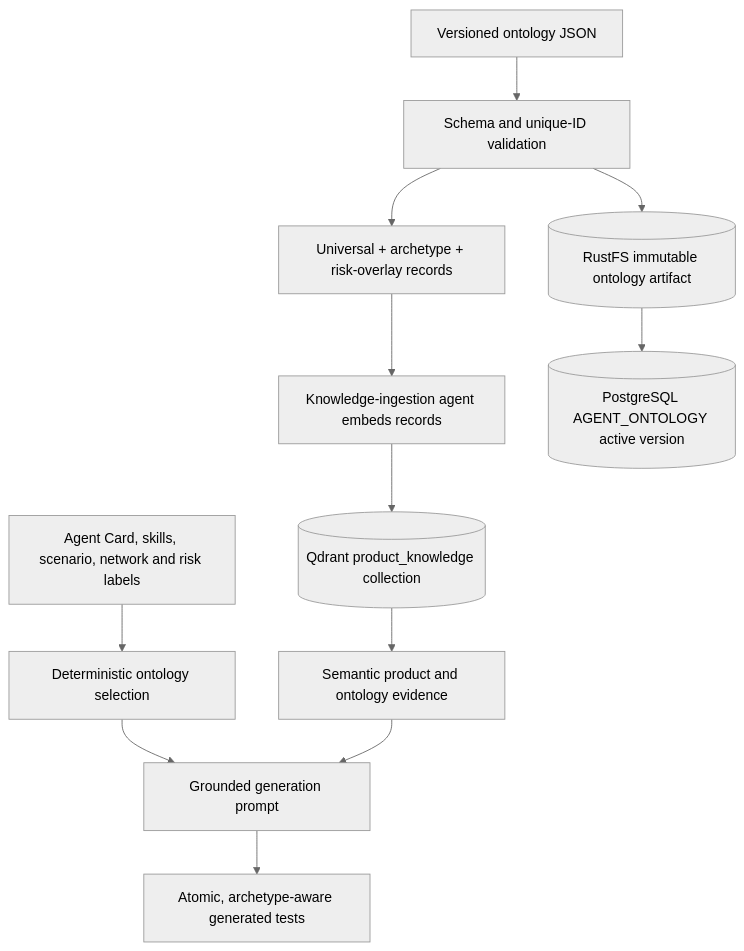
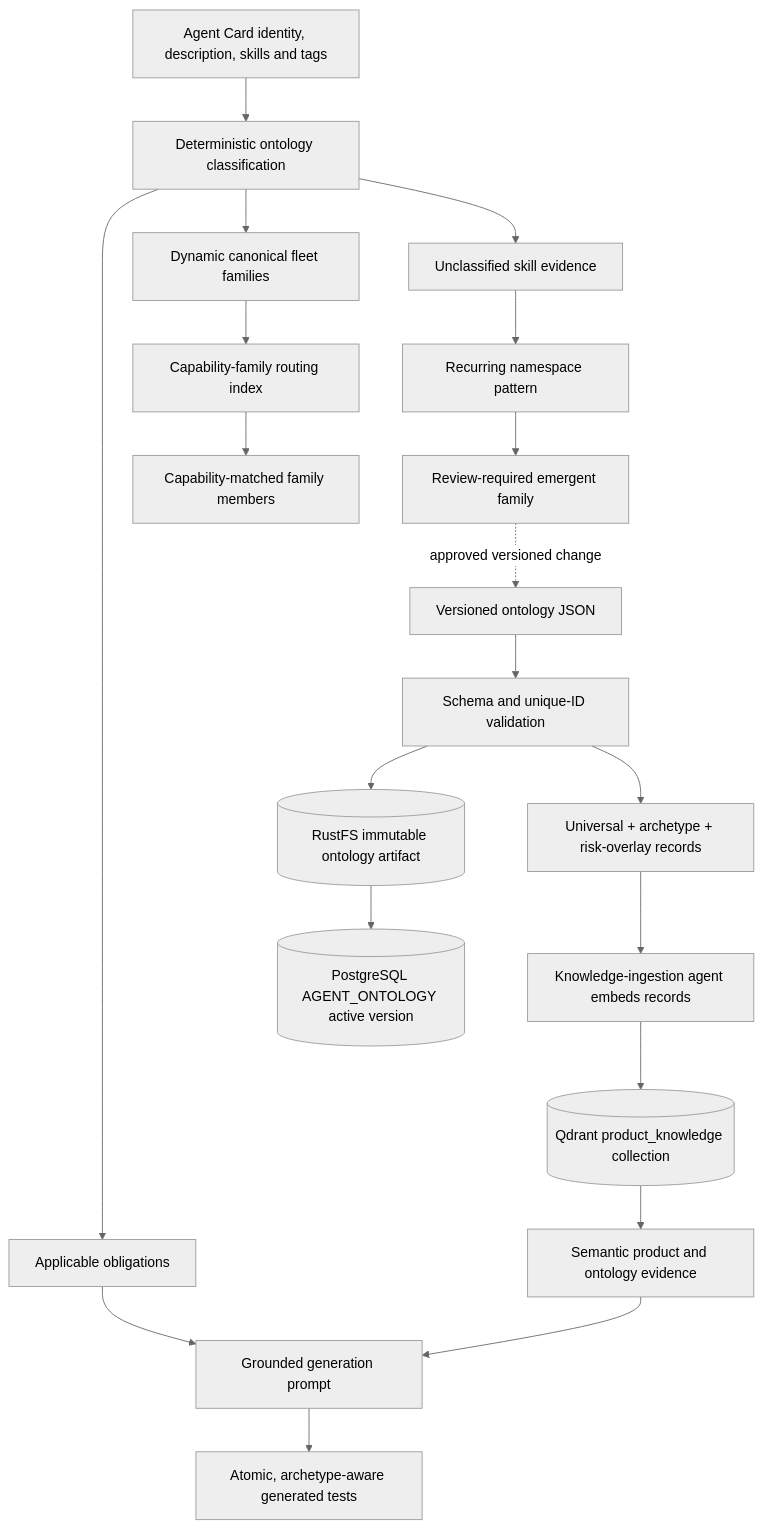
The tenth of 17 diagrams in docs/architecture.md (sqe/AQE), drawn with Mermaid (neutral theme) before and after one commit. The commit also changed other lines of this file and 57 other files, not shown here.

````diff
--- a/docs/architecture.md
+++ b/docs/architecture.md
@@ -333,14 +359,22 @@
 ```mermaid
 flowchart TD
     Source[Versioned ontology JSON] --> Validate[Schema and unique-ID validation]
     Validate --> Flatten[Universal + archetype + risk-overlay records]
     Flatten --> Embed[Knowledge-ingestion agent embeds records]
     Embed --> Qdrant[(Qdrant product_knowledge collection)]
     Validate --> RustFS[(RustFS immutable ontology artifact)]
     RustFS --> Registry[(PostgreSQL AGENT_ONTOLOGY active version)]
-    Card[Agent Card, skills, scenario, network and risk labels] --> Select[Deterministic ontology selection]
+    Card[Agent Card identity, description, skills and tags] --> Classify[Deterministic ontology classification]
+    Classify --> Select[Applicable obligations]
+    Classify --> Families[Dynamic canonical fleet families]
+    Classify --> Unknown[Unclassified skill evidence]
+    Unknown --> Pattern[Recurring namespace pattern]
+    Pattern --> Candidate[Review-required emergent family]
+    Candidate -. approved versioned change .-> Source
+    Families --> RouteIndex[Capability-family routing index]
+    RouteIndex --> Members[Capability-matched family members]
     Qdrant --> Retrieve[Semantic product and ontology evidence]
     Select --> Prompt[Grounded generation prompt]
     Retrieve --> Prompt
     Prompt --> Tests[Atomic, archetype-aware generated tests]
 ```
````
